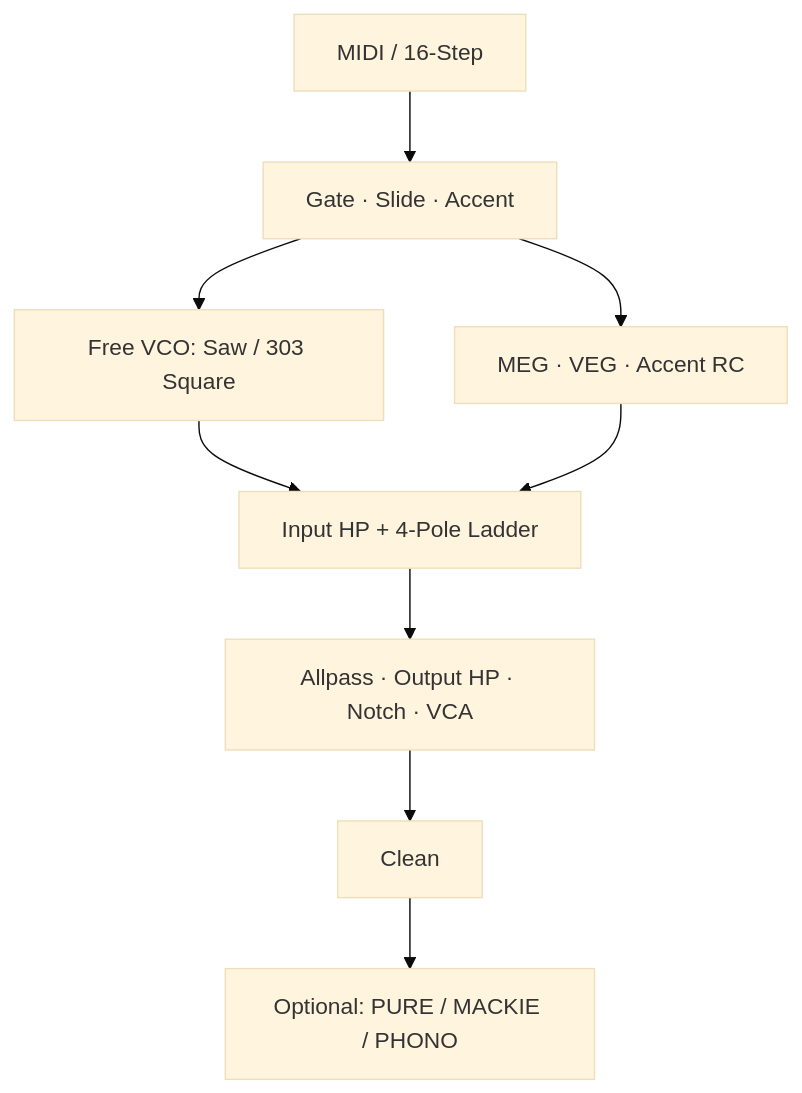
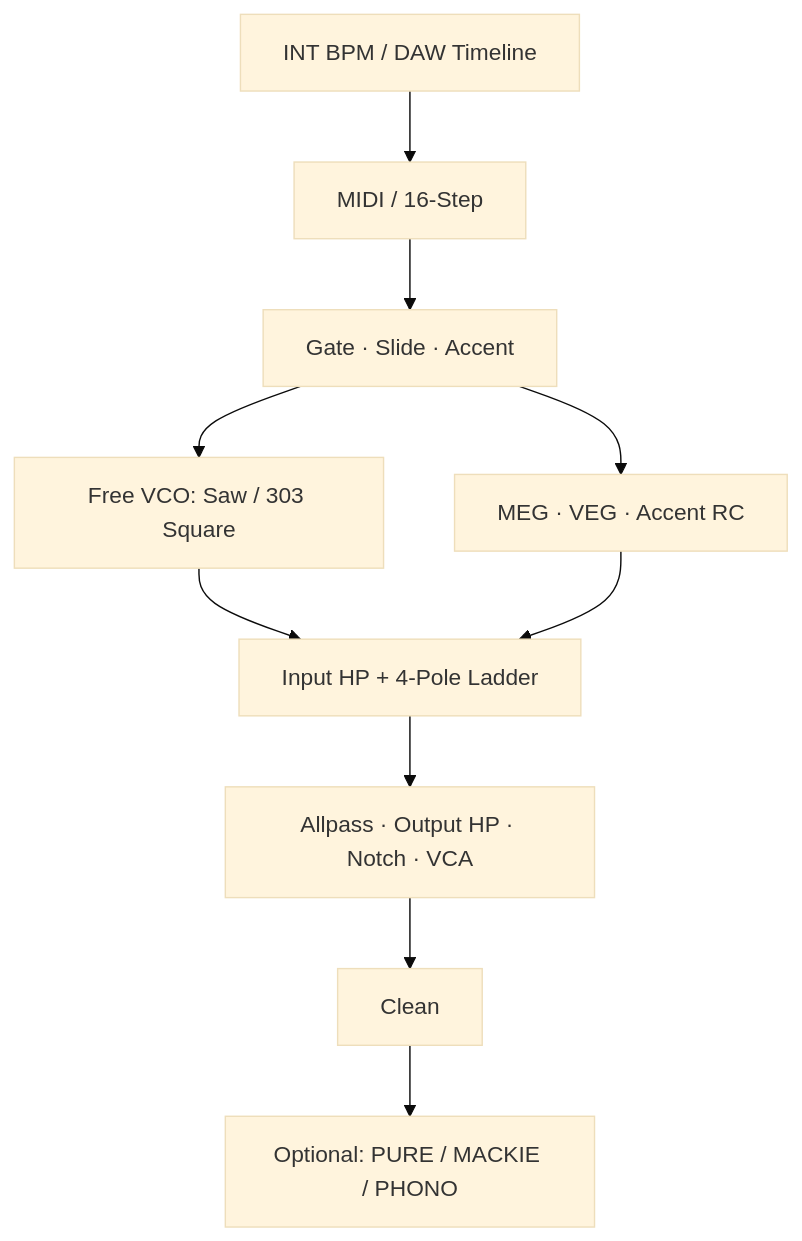
Before and after one commit to ClarkParker/ACIDIFY: the diagram in docs/CONCEPT.md, drawn with Mermaid (base theme). The commit also changed other lines of this file and 20 other files, not shown here.

````diff
--- a/docs/CONCEPT.md
+++ b/docs/CONCEPT.md
@@ -54,11 +54,12 @@
 ```mermaid
 flowchart TD
     A["MIDI / 16-Step"] --> B["Gate · Slide · Accent"]
+    T["INT BPM / DAW Timeline"] --> A
     B --> C["Free VCO: Saw / 303 Square"]
     B --> D["MEG · VEG · Accent RC"]
     C --> E["Input HP + 4-Pole Ladder"]
     D --> E
     E --> F["Allpass · Output HP · Notch · VCA"]
     F --> G["Clean"]
     G --> H["Optional: PURE / MACKIE / PHONO"]
 ```
````
